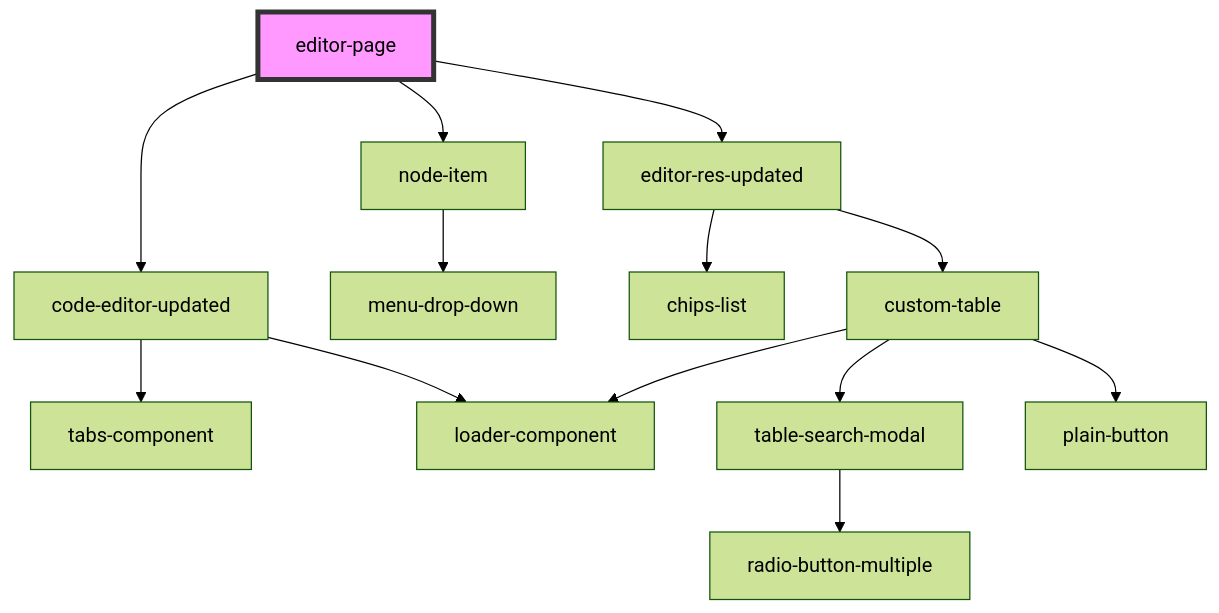
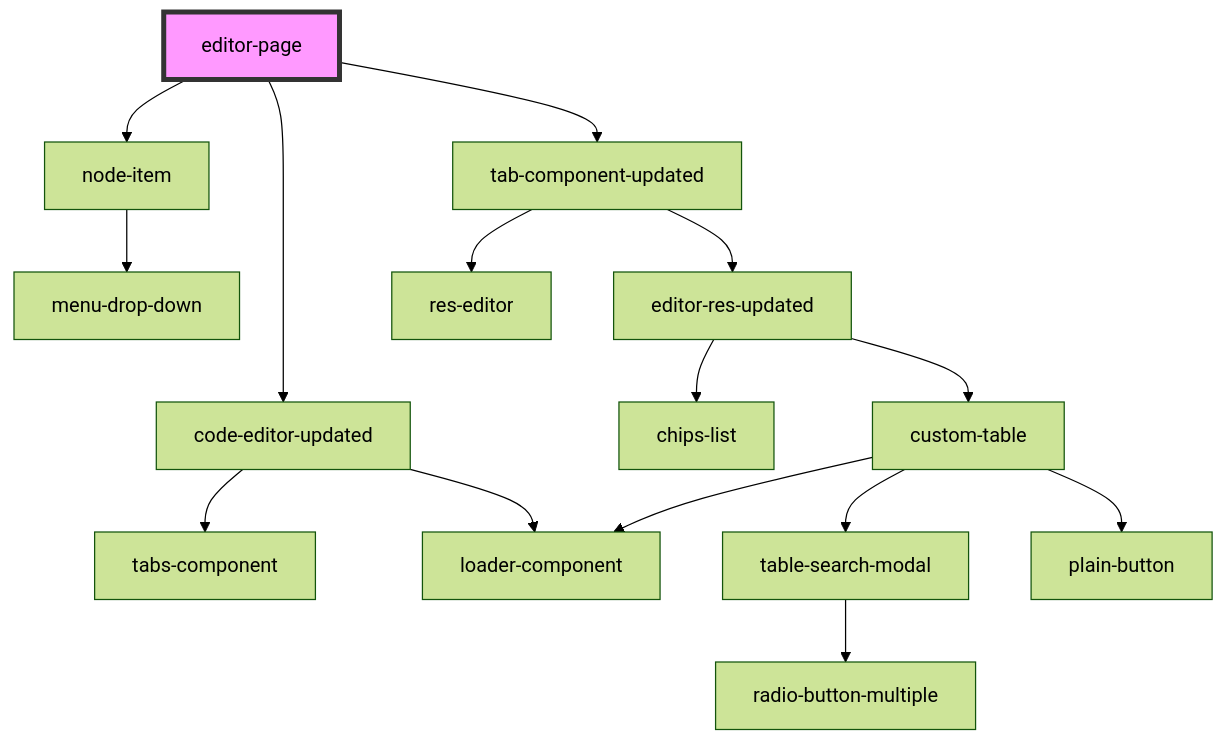
The diagram in src/components/editor-page/readme.md (techvariable/NeptuneConnectComponents), drawn with Mermaid (forest theme) before and after one commit. The commit also changed other lines of this file and 8 other files, not shown here.

````diff
--- a/src/components/editor-page/readme.md
+++ b/src/components/editor-page/readme.md
@@ -24,16 +24,18 @@
 ```mermaid
 graph TD;
   editor-page --> node-item
   editor-page --> code-editor-updated
-  editor-page --> editor-res-updated
+  editor-page --> tab-component-updated
   node-item --> menu-drop-down
   code-editor-updated --> tabs-component
   code-editor-updated --> loader-component
+  tab-component-updated --> editor-res-updated
+  tab-component-updated --> res-editor
   editor-res-updated --> chips-list
   editor-res-updated --> custom-table
   custom-table --> table-search-modal
   custom-table --> loader-component
   custom-table --> plain-button
   table-search-modal --> radio-button-multiple
   style editor-page fill:#f9f,stroke:#333,stroke-width:4px
 ```
````
